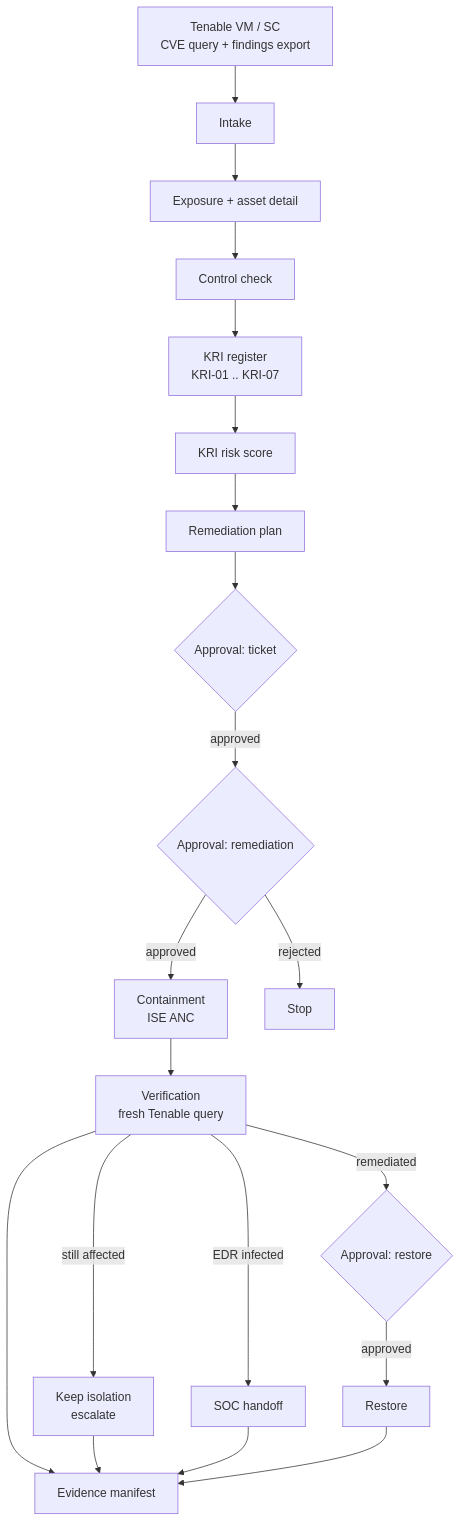
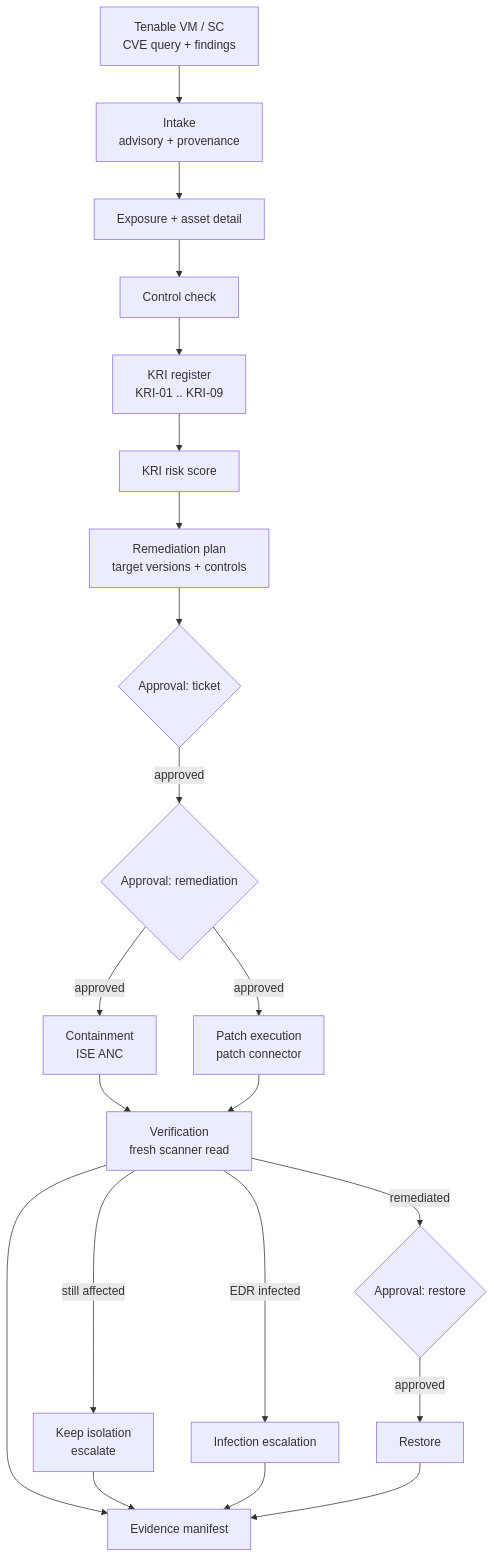
Before and after one commit to sword0x00/SecOps-Autopilot: the diagram in README.md, drawn with Mermaid. The commit also changed other lines of this file and 66 other files, not shown here.

````diff
--- a/README.md
+++ b/README.md
@@ -153,22 +355,23 @@
 ```mermaid
 flowchart TD
-    A[Tenable VM / SC<br/>CVE query + findings export] --> B[Intake]
+    A[Tenable VM / SC<br/>CVE query + findings] --> B[Intake<br/>advisory + provenance]
     B --> C[Exposure + asset detail]
     C --> D[Control check]
-    D --> E[KRI register<br/>KRI-01 .. KRI-07]
+    D --> E[KRI register<br/>KRI-01 .. KRI-09]
     E --> E2[KRI risk score]
-    E2 --> F[Remediation plan]
+    E2 --> F[Remediation plan<br/>target versions + controls]
     F --> G{Approval: ticket}
     G -->|approved| H{Approval: remediation}
     H -->|approved| I[Containment<br/>ISE ANC]
-    H -->|rejected| R[Stop]
-    I --> J[Verification<br/>fresh Tenable query]
-    J -->|remediated| K{Approval: restore}
-    J -->|still affected| L[Keep isolation<br/>escalate]
-    J -->|EDR infected| M[SOC handoff]
+    H -->|approved| P[Patch execution<br/>patch connector]
+    I --> V[Verification<br/>fresh scanner read]
+    P --> V
+    V -->|remediated| K{Approval: restore}
+    V -->|still affected| L[Keep isolation<br/>escalate]
+    V -->|EDR infected| M[Infection escalation]
     K -->|approved| N[Restore]
-    J --> O[Evidence manifest]
+    V --> O[Evidence manifest]
     L --> O
     M --> O
     N --> O
 ```
````
